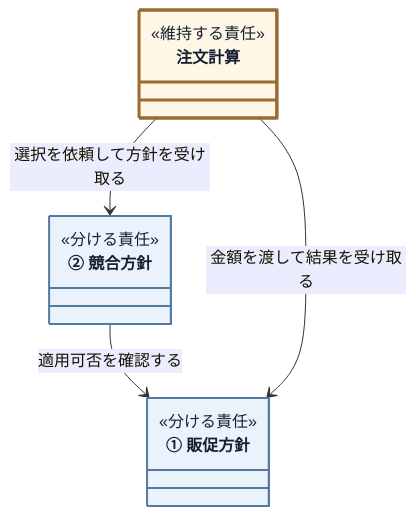
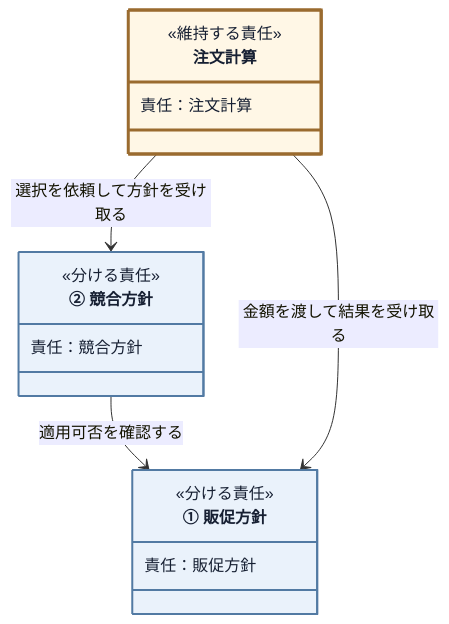
The eighth of 18 diagrams in kindle/design-patterns/books/volume01-core-patterns/output/03-chapter01.md (kumachan1101-pixel/DesignPattern), drawn with Mermaid before and after one commit. The commit also changed other lines of this file and 19 other files, not shown here.

````diff
--- a/kindle/design-patterns/books/volume01-core-patterns/output/03-chapter01.md
+++ b/kindle/design-patterns/books/volume01-core-patterns/output/03-chapter01.md
@@ -1325,20 +1309,23 @@
 ```mermaid
 classDiagram
     %% provisional-role-diagram
     direction TB
     class OrderCalculation["注文計算"]:::current {
         <<維持する責任>>
+        責任：注文計算
     }
     class PromotionPolicy["① 販促方針"]:::separated {
         <<分ける責任>>
+        責任：販促方針
     }
     class ConflictPolicy["② 競合方針"]:::separated {
         <<分ける責任>>
+        責任：競合方針
     }
     OrderCalculation --> ConflictPolicy : 選択を依頼して方針を受け取る
     ConflictPolicy --> PromotionPolicy : 適用可否を確認する
     OrderCalculation --> PromotionPolicy : 金額を渡して結果を受け取る
 
     classDef separated fill:#eaf2fb,stroke:#527aa3,stroke-width:2px,color:#172033;
     classDef current fill:#fff7e6,stroke:#9a6b2f,stroke-width:3px,color:#172033;
 ```
````
